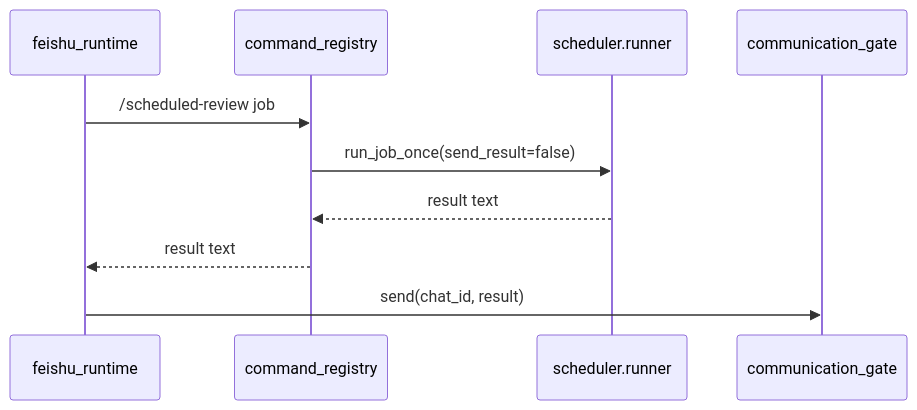
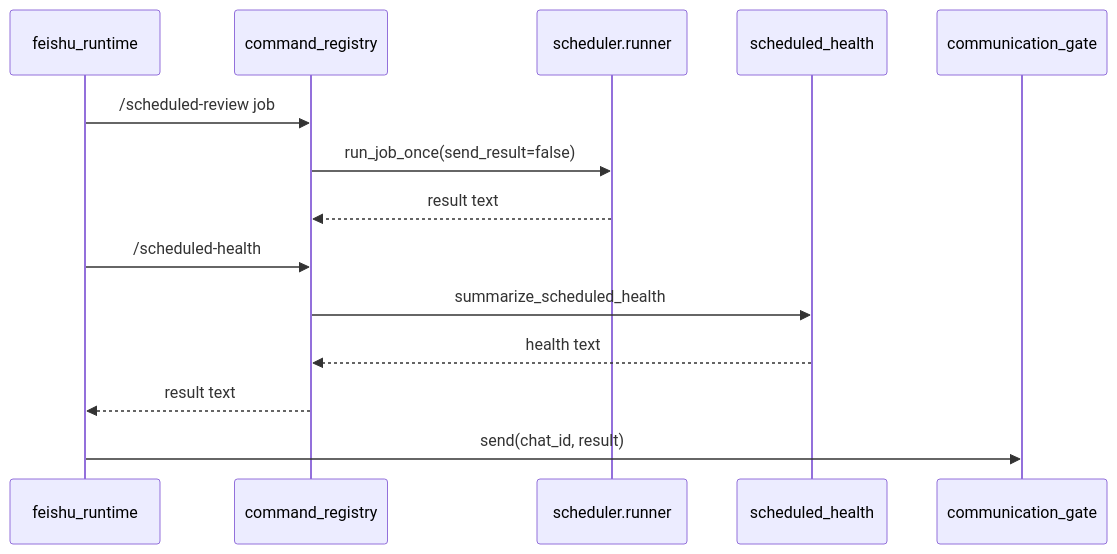
Before and after one commit to dyccodehome/private-investment-butler: diagram 12 of 12 in docs/技术架构文档.md, drawn with Mermaid. The commit also changed other lines of this file and 5 other files, not shown here.

Commit message:
Add scheduled workflow health report

````diff
--- a/docs/技术架构文档.md
+++ b/docs/技术架构文档.md
@@ -524,13 +550,17 @@
 ```mermaid
 sequenceDiagram
   participant Feishu as feishu_runtime
   participant Command as command_registry
   participant Runner as scheduler.runner
+  participant Health as scheduled_health
   participant Gate as communication_gate
 
   Feishu->>Command: /scheduled-review job
   Command->>Runner: run_job_once(send_result=false)
   Runner-->>Command: result text
+  Feishu->>Command: /scheduled-health
+  Command->>Health: summarize_scheduled_health
+  Health-->>Command: health text
   Command-->>Feishu: result text
   Feishu->>Gate: send(chat_id, result)
 ```
````
